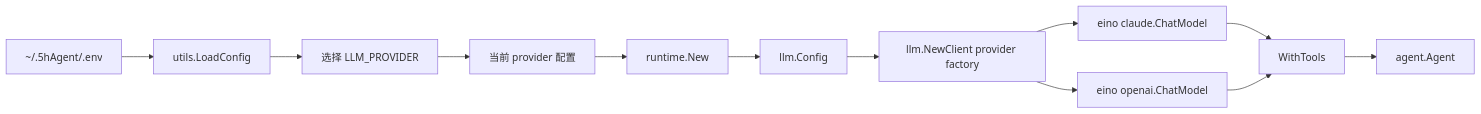
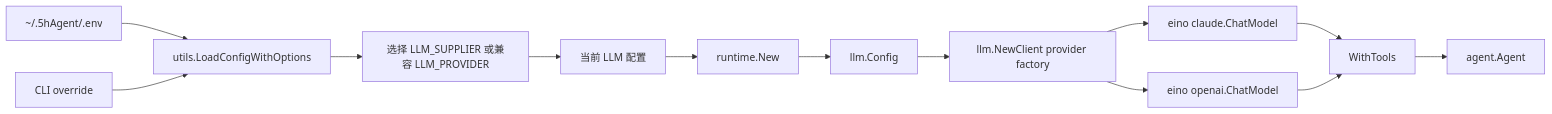
One commit to Ozqi/5hAgent changed the diagram in doc/llm.md. Above: the diagram before and after it, drawn with Mermaid. The commit also changed other lines of this file and 23 other files, not shown here.

Commit message:
feat(runtime): add daemon and supplier llm config

````diff
--- a/doc/llm.md
+++ b/doc/llm.md
@@ -12,14 +12,15 @@
 ```mermaid
 flowchart LR
-    Env[~/.5hAgent/.env] --> Load[utils.LoadConfig]
-    Load --> Pick[选择 LLM_PROVIDER]
-    Pick --> Active[当前 provider 配置]
+    Env[~/.5hAgent/.env] --> Load[utils.LoadConfigWithOptions]
+    CLI[CLI override] --> Load
+    Load --> Pick[选择 LLM_SUPPLIER 或兼容 LLM_PROVIDER]
+    Pick --> Active[当前 LLM 配置]
     Active --> Runtime[runtime.New]
     Runtime --> Config[llm.Config]
     Config --> Factory[llm.NewClient provider factory]
     Factory --> Claude[eino claude.ChatModel]
     Factory --> OpenAI[eino openai.ChatModel]
     Claude --> Tools[WithTools]
     OpenAI --> Tools
     Tools --> Agent[agent.Agent]
 ```
````
